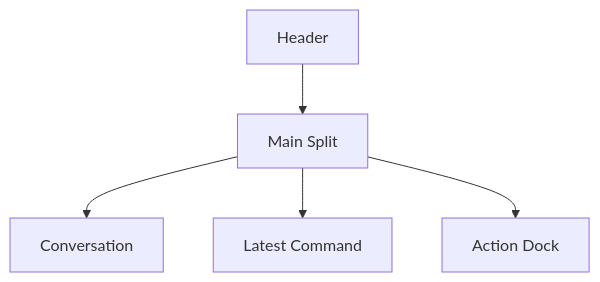
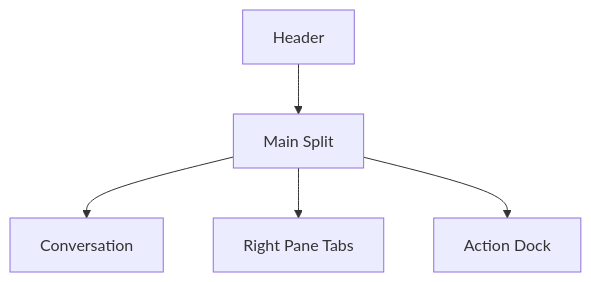
One commit to natumekazuki/WithMate changed the diagram in docs/design/session-live-activity-monitor.md. Above: the diagram before and after it, drawn with Mermaid. The commit also changed other lines of this file and 8 other files, not shown here.

````diff
--- a/docs/design/session-live-activity-monitor.md
+++ b/docs/design/session-live-activity-monitor.md
@@ -28,9 +35,9 @@
 ```mermaid
 flowchart TB
   H[Header]
   H --> M
   M[Main Split]
   M --> C[Conversation]
-  M --> R[Latest Command]
+  M --> R[Right Pane Tabs]
   M --> D[Action Dock]
 ```
````
